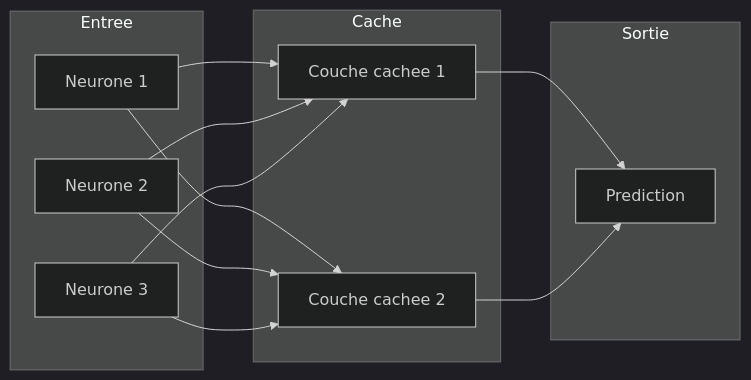
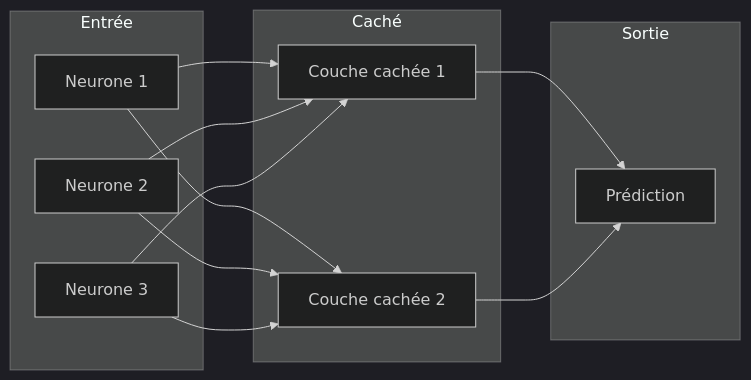
One commit to julien-riel/julien-riel-site changed the first of 2 diagrams in src/posts/2024-01-15-introduction-ia-moderne.md. Above: the diagram before and after it, drawn with Mermaid (dark theme). The commit also changed other lines of this file and 1 other file, not shown here.

````diff
--- a/src/posts/2024-01-15-introduction-ia-moderne.md
+++ b/src/posts/2024-01-15-introduction-ia-moderne.md
@@ -57,26 +57,26 @@
 ```mermaid
 graph LR
-    subgraph Entree
+    subgraph Entrée
         I1[Neurone 1]
         I2[Neurone 2]
         I3[Neurone 3]
     end
 
-    subgraph Cache
-        H1[Couche cachee 1]
-        H2[Couche cachee 2]
+    subgraph Caché
+        H1[Couche cachée 1]
+        H2[Couche cachée 2]
     end
 
     subgraph Sortie
-        O1[Prediction]
+        O1[Prédiction]
     end
 
     I1 --> H1
     I2 --> H1
     I3 --> H1
     I1 --> H2
     I2 --> H2
     I3 --> H2
     H1 --> O1
     H2 --> O1
 ```
````
